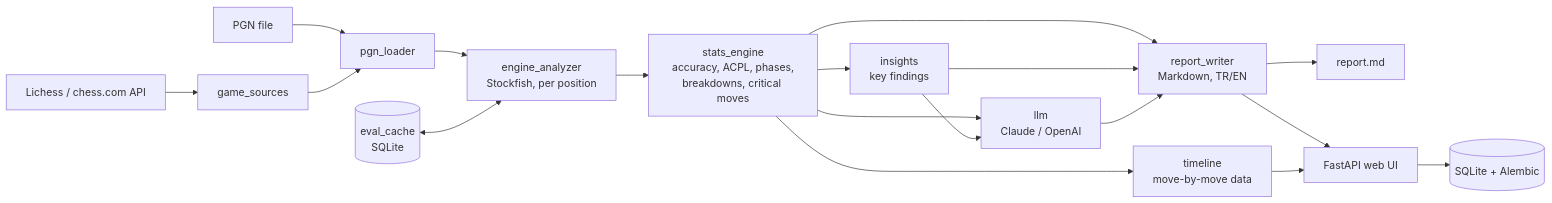
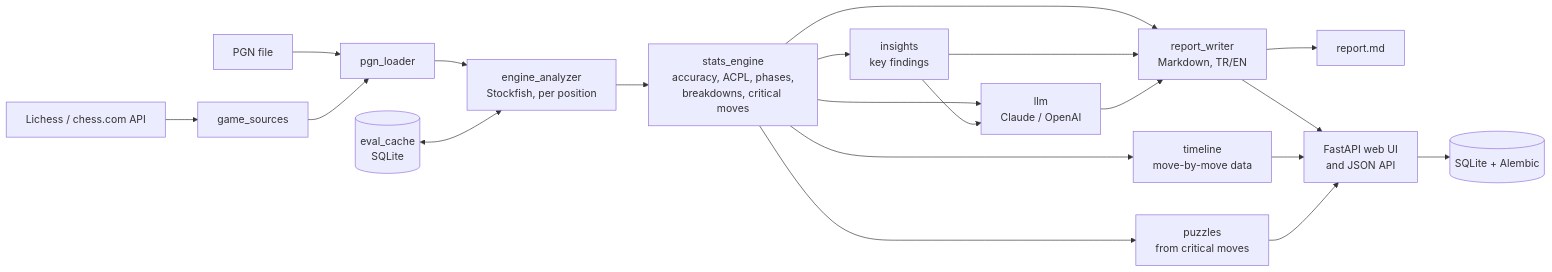
One commit to Caglar-Coban/chesswhisper changed the diagram in README.md. Above: the diagram before and after it, drawn with Mermaid. The commit also changed other lines of this file and 7 other files, not shown here.

First line of the commit message:
docs: document puzzles and the JSON API; release 0.3.0

````diff
--- a/README.md
+++ b/README.md
@@ -90,18 +104,19 @@
 ```mermaid
 flowchart LR
     A[PGN file] --> L[pgn_loader]
     B[Lichess / chess.com API] --> F[game_sources] --> L
     L --> E[engine_analyzer<br/>Stockfish, per position]
     C[(eval_cache<br/>SQLite)] <--> E
     E --> S[stats_engine<br/>accuracy, ACPL, phases,<br/>breakdowns, critical moves]
     S --> I[insights<br/>key findings]
     S --> R[report_writer<br/>Markdown, TR/EN]
     I --> R
     S --> P[llm<br/>Claude / OpenAI]
     I --> P
     P --> R
     R --> O1[report.md]
-    R --> W[FastAPI web UI]
+    R --> W[FastAPI web UI<br/>and JSON API]
     S --> T[timeline<br/>move-by-move data] --> W
+    S --> Z[puzzles<br/>from critical moves] --> W
     W --> DB[(SQLite + Alembic)]
 ```
````
